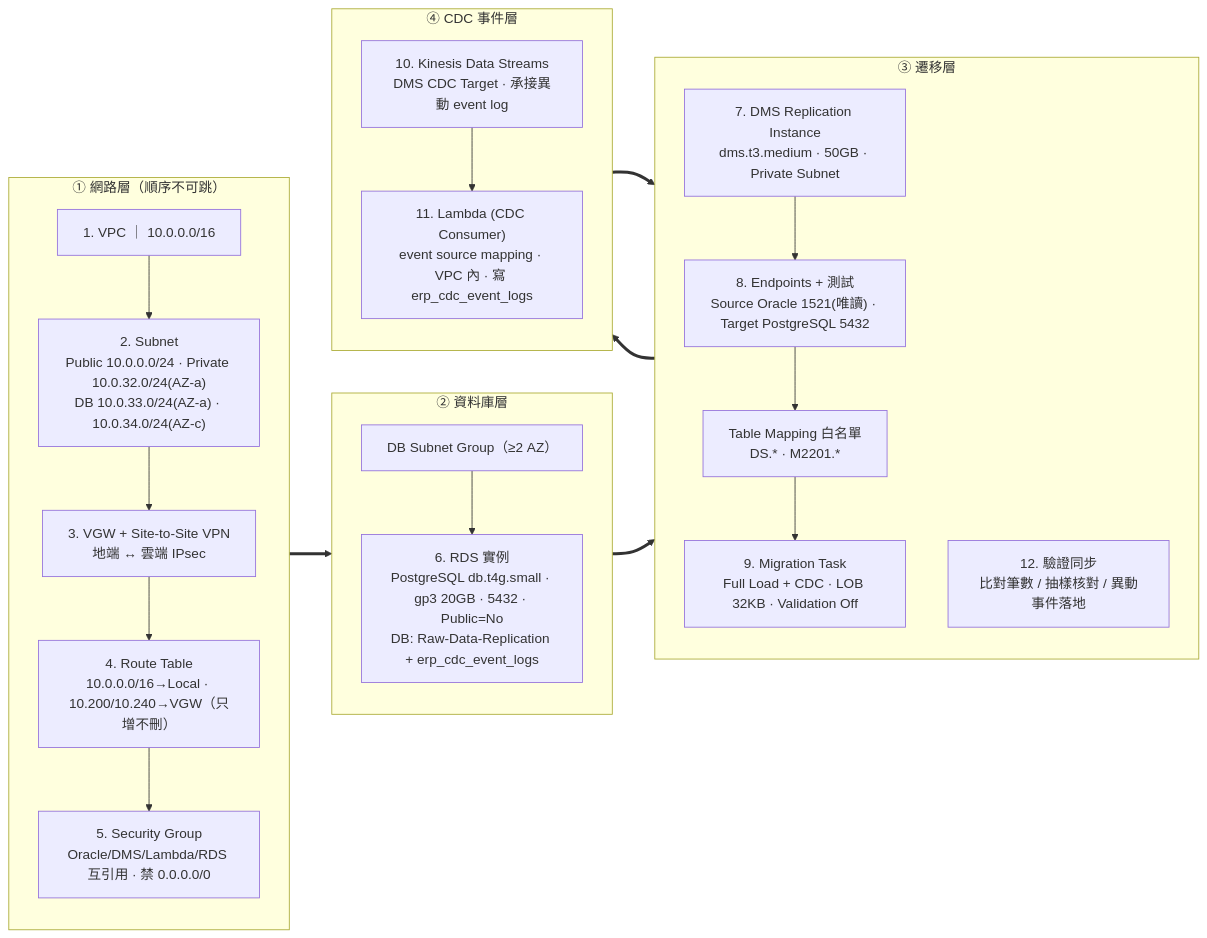
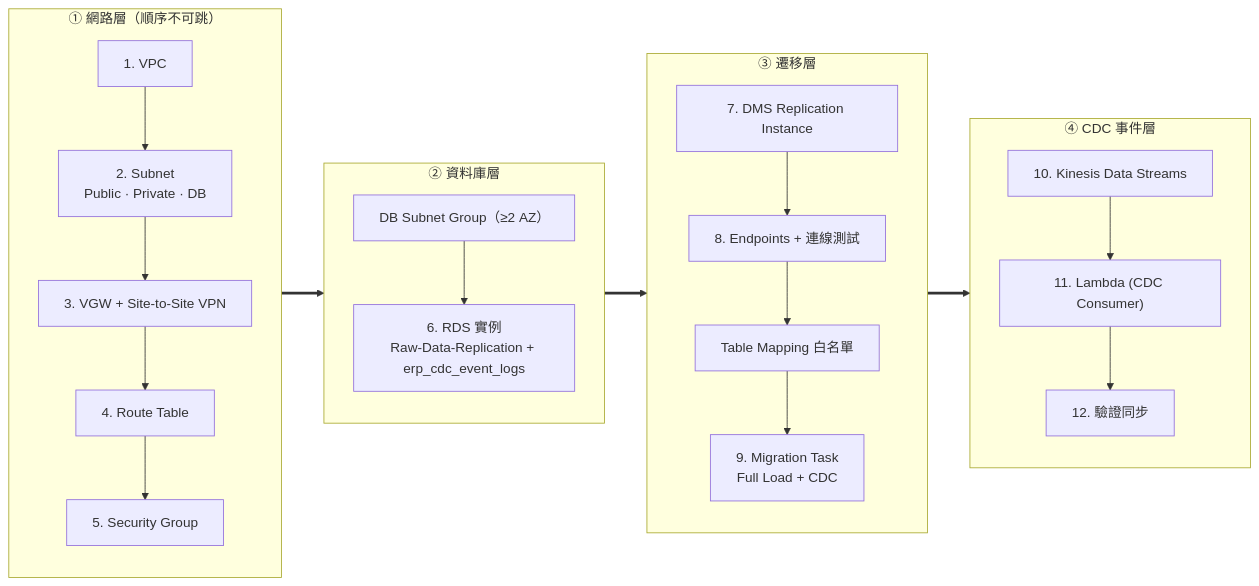
Before and after one commit to Jiaye-DF/data-center-etl: the fourth of 10 diagrams in docs/Arch/aws-to-local-infra-arch.md, drawn with Mermaid. The commit also changed other lines of this file and 1 other file, not shown here.

Commit message:
(AI) Docs: 架構圖分頁重整為 14 節(拆 VPC Endpoint / Phase 2 排程 / 名詞解說)並使 md 與 HTML 章節對齊

````diff
--- a/docs/Arch/aws-to-local-infra-arch.md
+++ b/docs/Arch/aws-to-local-infra-arch.md
@@ -375,37 +214,36 @@
 ```mermaid
 flowchart LR
   subgraph NET["① 網路層（順序不可跳）"]
     direction TB
-    VPC["1. VPC ｜ 10.0.0.0/16"]
-    SUB["2. Subnet<br/>Public 10.0.0.0/24 · Private 10.0.32.0/24(AZ-a)<br/>DB 10.0.33.0/24(AZ-a) · 10.0.34.0/24(AZ-c)"]
-    VPN["3. VGW + Site-to-Site VPN<br/>地端 ↔ 雲端 IPsec"]
-    RT["4. Route Table<br/>10.0.0.0/16→Local · 10.200/10.240→VGW（只增不刪）"]
-    SG["5. Security Group<br/>Oracle/DMS/Lambda/RDS 互引用 · 禁 0.0.0.0/0"]
+    VPC["1. VPC"]
+    SUB["2. Subnet<br/>Public · Private · DB"]
+    VPN["3. VGW + Site-to-Site VPN"]
+    RT["4. Route Table"]
+    SG["5. Security Group"]
     VPC --> SUB --> VPN --> RT --> SG
   end
   subgraph DBL["② 資料庫層"]
     direction TB
     DBG["DB Subnet Group（≥2 AZ）"]
-    RDS["6. RDS 實例<br/>PostgreSQL db.t4g.small · gp3 20GB · 5432 · Public=No<br/>DB: Raw-Data-Replication + erp_cdc_event_logs"]
+    RDS["6. RDS 實例<br/>Raw-Data-Replication + erp_cdc_event_logs"]
     DBG --> RDS
   end
   subgraph MIG["③ 遷移層"]
     direction TB
-    DMS["7. DMS Replication Instance<br/>dms.t3.medium · 50GB · Private Subnet"]
-    EP["8. Endpoints + 測試<br/>Source Oracle 1521(唯讀) · Target PostgreSQL 5432"]
-    TM["Table Mapping 白名單<br/>DS.* · M2201.*"]
-    TASK["9. Migration Task<br/>Full Load + CDC · LOB 32KB · Validation Off"]
-    VER["12. 驗證同步<br/>比對筆數 / 抽樣核對 / 異動事件落地"]
+    DMS["7. DMS Replication Instance"]
+    EP["8. Endpoints + 連線測試"]
+    TM["Table Mapping 白名單"]
+    TASK["9. Migration Task<br/>Full Load + CDC"]
     DMS --> EP --> TM --> TASK
   end
   subgraph CDCL["④ CDC 事件層"]
     direction TB
-    KDS["10. Kinesis Data Streams<br/>DMS CDC Target · 承接異動 event log"]
-    LMB["11. Lambda (CDC Consumer)<br/>event source mapping · VPC 內 · 寫 erp_cdc_event_logs"]
-    KDS --> LMB
+    KDS["10. Kinesis Data Streams"]
+    LMB["11. Lambda (CDC Consumer)"]
+    VER["12. 驗證同步"]
+    KDS --> LMB --> VER
   end
   SG ==> DBG
   RDS ==> DMS
   TASK ==> KDS
-  LMB ==> VER
 ```
````
